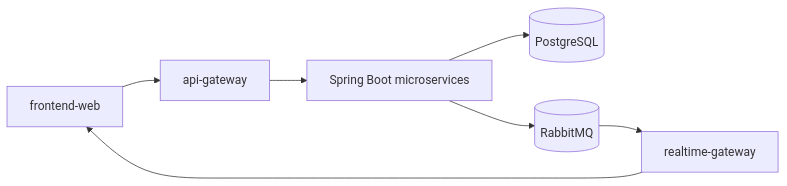
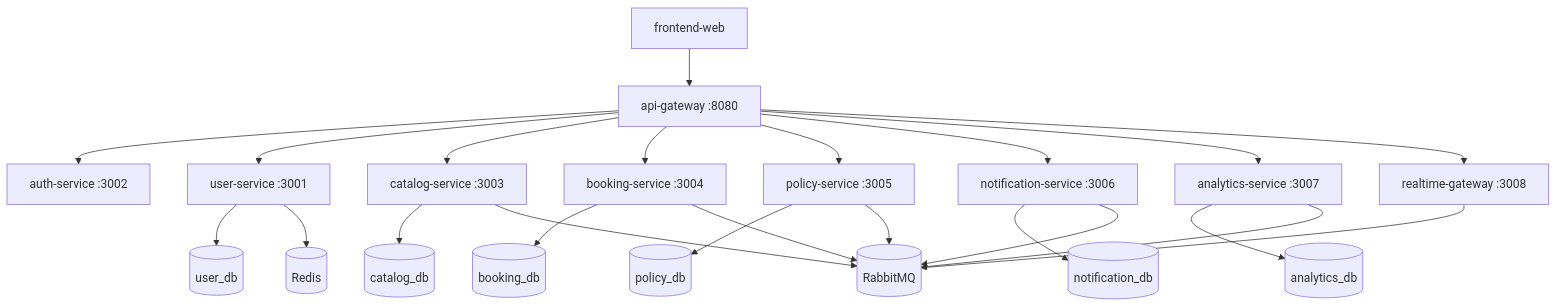
The diagram in profile/README.md (LibraryBookingSystem/.github), drawn with Mermaid before and after one commit. The commit also changed other lines of this file and 1 other file, not shown here.

Commit message:
docs: show one Postgres database per microservice in diagrams

````diff
--- a/profile/README.md
+++ b/profile/README.md
@@ -14,9 +14,27 @@
 ```mermaid
-flowchart LR
-  Client[frontend-web] --> GW[api-gateway]
-  GW --> Services[Spring Boot microservices]
-  Services --> DB[(PostgreSQL)]
-  Services --> RMQ[(RabbitMQ)]
-  RMQ --> RT[realtime-gateway]
-  RT --> Client
+flowchart TB
+  Client[frontend-web] --> GW[api-gateway :8080]
+  GW --> AUTH[auth-service :3002]
+  GW --> USER[user-service :3001]
+  GW --> CAT[catalog-service :3003]
+  GW --> BOOK[booking-service :3004]
+  GW --> POL[policy-service :3005]
+  GW --> NOTIF[notification-service :3006]
+  GW --> ANA[analytics-service :3007]
+  GW --> RT[realtime-gateway :3008]
+
+  USER --> USER_DB[(user_db)]
+  CAT --> CAT_DB[(catalog_db)]
+  BOOK --> BOOK_DB[(booking_db)]
+  POL --> POL_DB[(policy_db)]
+  NOTIF --> NOTIF_DB[(notification_db)]
+  ANA --> ANA_DB[(analytics_db)]
+
+  USER --> REDIS[(Redis)]
+  BOOK --> RMQ[(RabbitMQ)]
+  CAT --> RMQ
+  POL --> RMQ
+  NOTIF --> RMQ
+  ANA --> RMQ
+  RT --> RMQ
 ```
````
